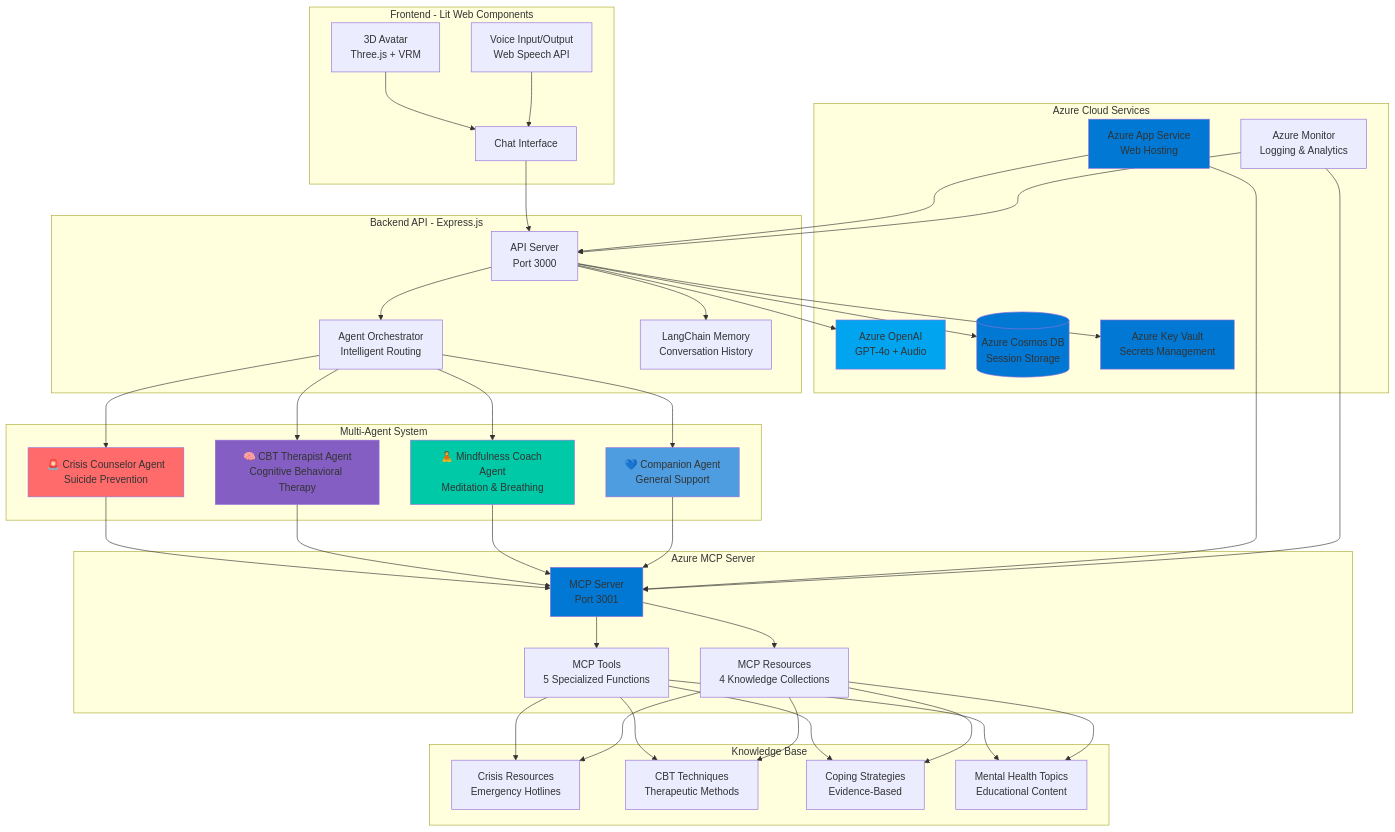
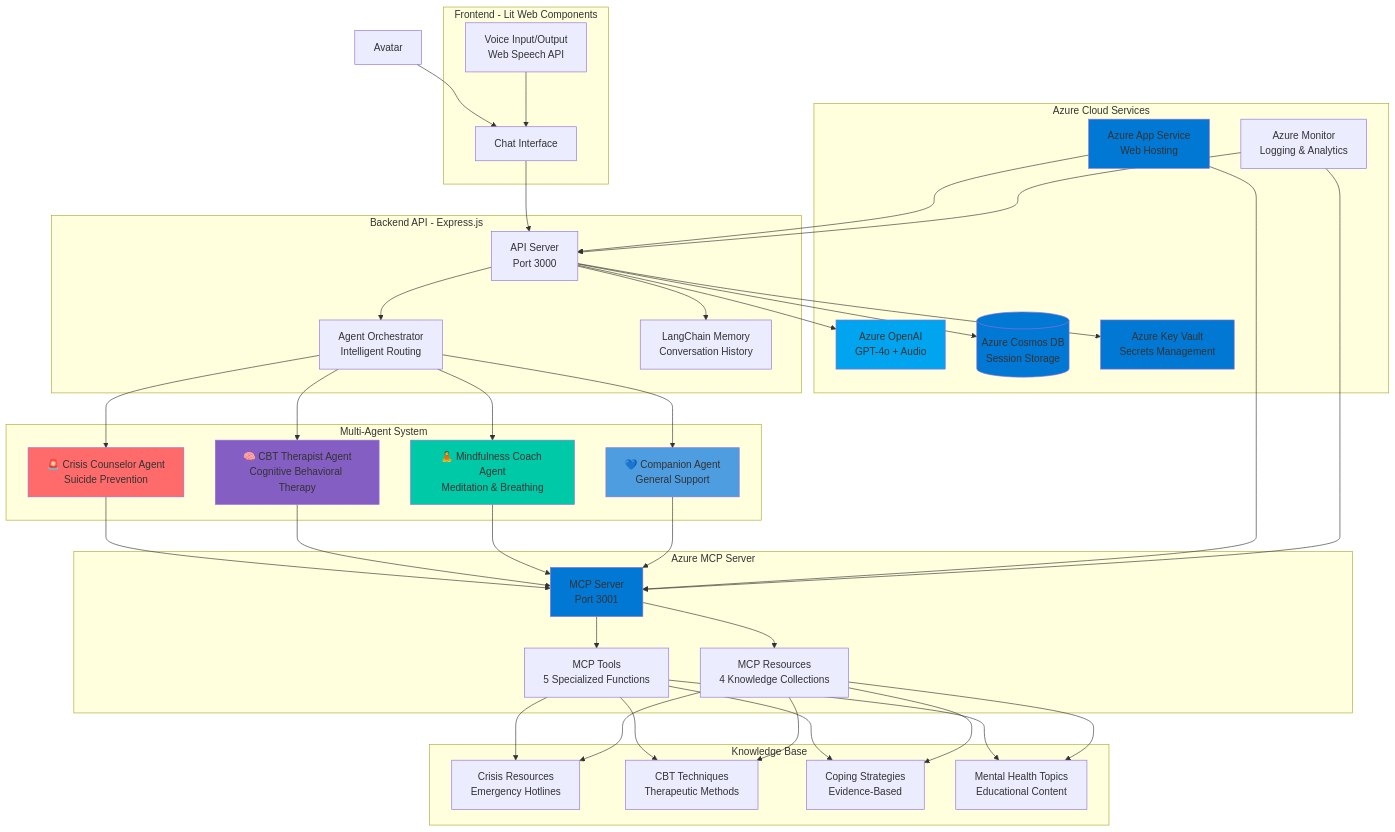
Before and after one commit to ToshikSoni/VishAI: the diagram in HACKATHON.md, drawn with Mermaid. The commit also changed other lines of this file and 28 other files, not shown here.

```diff
--- a/HACKATHON.md
+++ b/HACKATHON.md
@@ -688,7 +676,6 @@
 graph TB
     subgraph "Frontend - Lit Web Components"
         UI[Chat Interface]
-        Avatar[3D Avatar<br/>Three.js + VRM]
         Voice[Voice Input/Output<br/>Web Speech API]
     end
 
```
